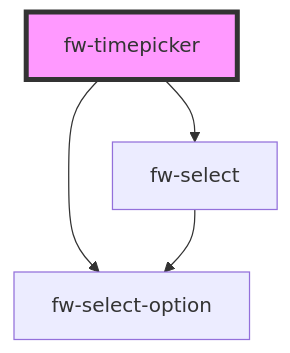
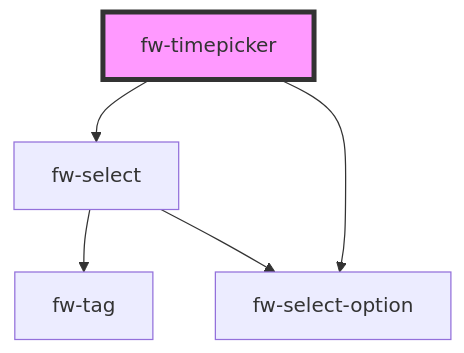
Before and after one commit to freshworks/crayons: the diagram in src/components/timepicker/readme.md, drawn with Mermaid. The commit also changed 15 other files, not shown here.

````diff
--- a/src/components/timepicker/readme.md
+++ b/src/components/timepicker/readme.md
@@ -27,7 +27,8 @@
 ```mermaid
 graph TD;
   fw-timepicker --> fw-select
   fw-timepicker --> fw-select-option
+  fw-select --> fw-tag
   fw-select --> fw-select-option
   style fw-timepicker fill:#f9f,stroke:#333,stroke-width:4px
 ```
````
